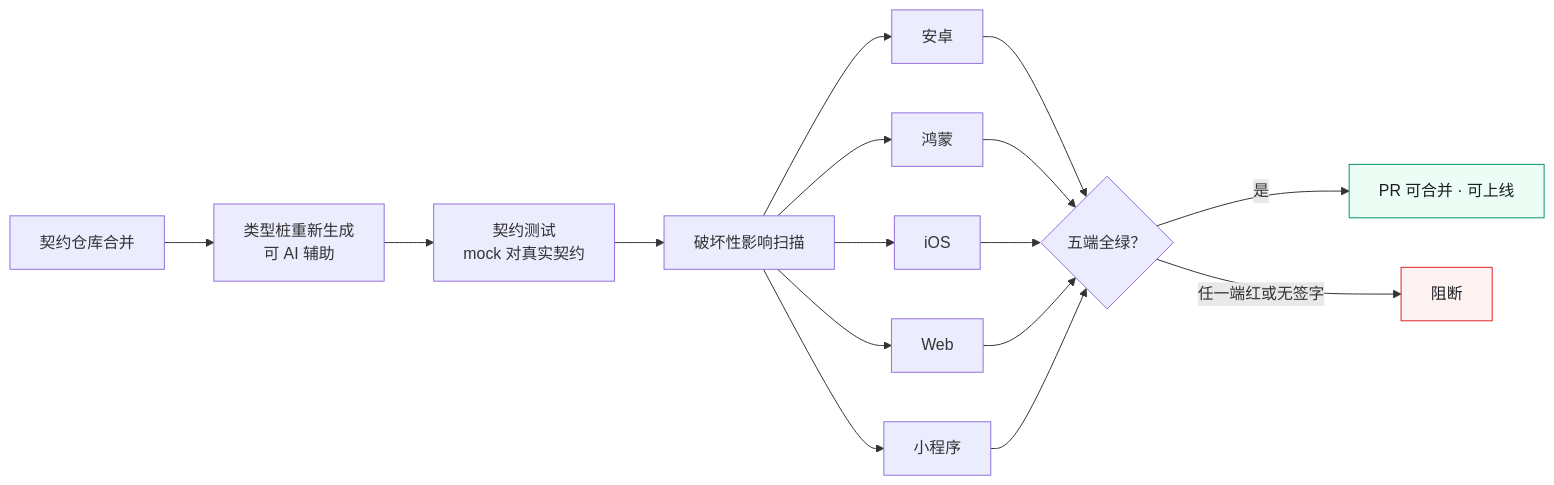
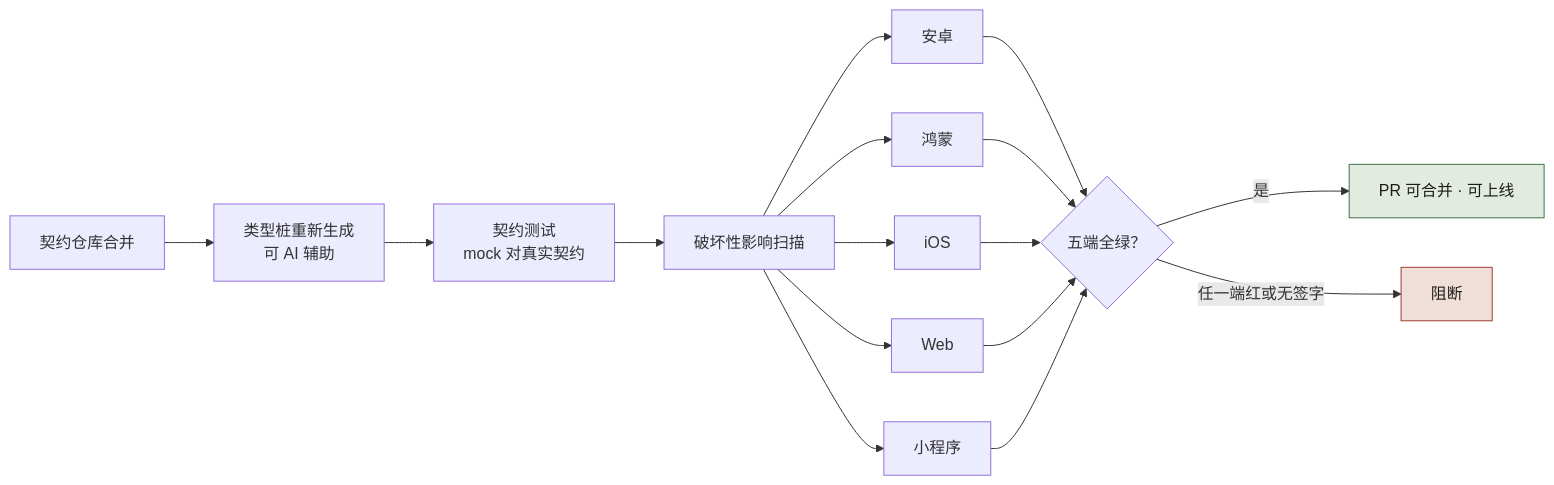
The second of 2 diagrams in docs/manuscript/ch40-附录I-契约治理规范模板.md (funny8kids/AI_Native_Software_Engineering), drawn with Mermaid before and after one commit. The commit also changed other lines of this file and 81 other files, not shown here.

````diff
--- a/docs/manuscript/ch40-附录I-契约治理规范模板.md
+++ b/docs/manuscript/ch40-附录I-契约治理规范模板.md
@@ -158,12 +162,12 @@
 ```mermaid
 flowchart LR
   MERGE[契约仓库合并] --> STUB[类型桩重新生成<br/>可 AI 辅助]
   STUB --> TEST[契约测试<br/>mock 对真实契约]
   TEST --> SCAN[破坏性影响扫描]
   SCAN --> E1[安卓] & E2[鸿蒙] & E3[iOS] & E4[Web] & E5[小程序]
   E1 & E2 & E3 & E4 & E5 --> GATE{五端全绿？}
   GATE -->|是| OK[PR 可合并 · 可上线]
   GATE -->|任一端红或无签字| NO[阻断]
-  style NO fill:#fef2f2,stroke:#dc2626,color:#1a1d23
-  style OK fill:#ecfdf5,stroke:#059669,color:#1a1d23
+  style NO fill:#f0dfd9,stroke:#a03b31,color:#1e1c19
+  style OK fill:#e2ebdf,stroke:#3e7247,color:#1e1c19
 ```
````
